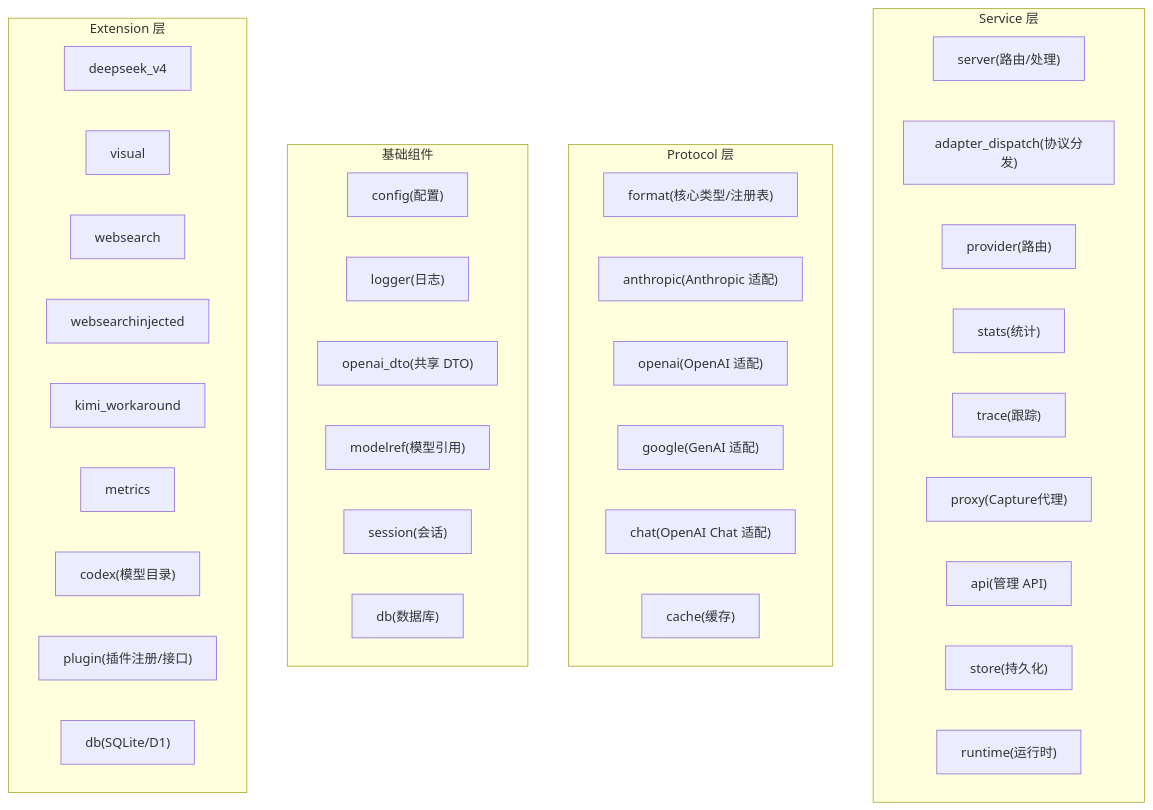
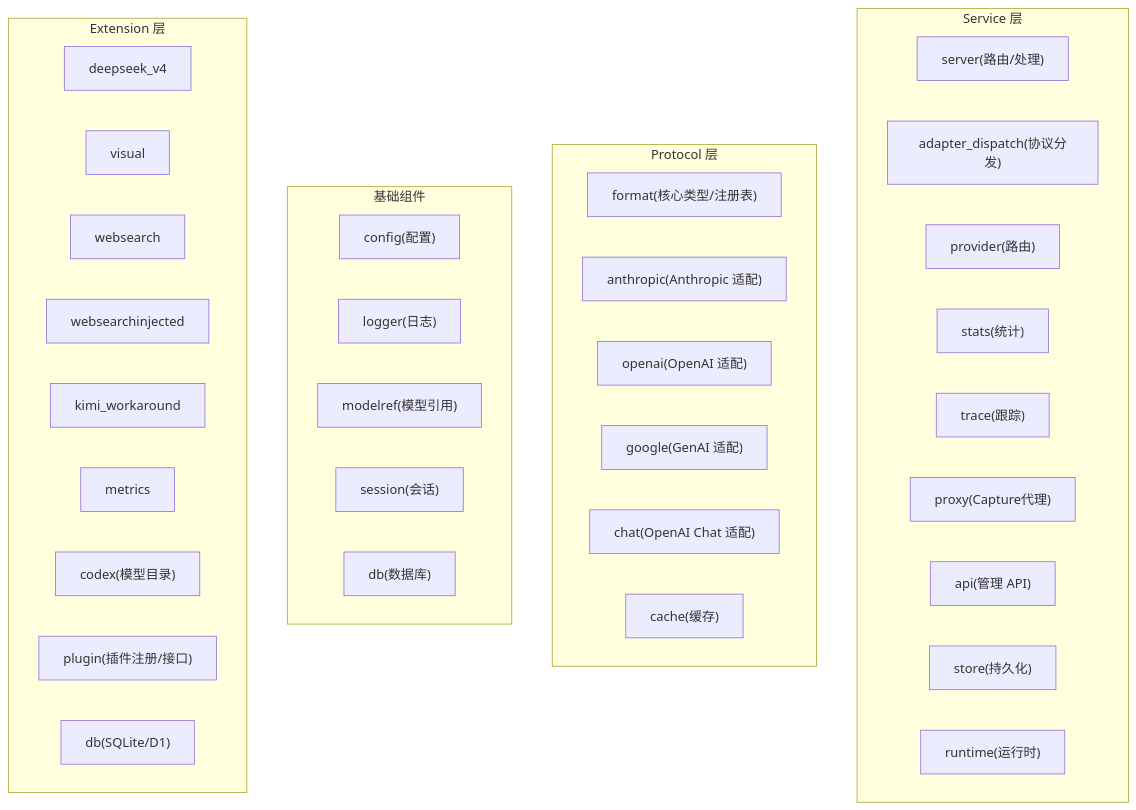
One commit to ZhiYi-R/moon-bridge changed the first of 2 diagrams in docs/architecture.md. Above: the diagram before and after it, drawn with Mermaid. The commit also changed other lines of this file and 8 other files, not shown here.

````diff
--- a/docs/architecture.md
+++ b/docs/architecture.md
@@ -11,41 +11,40 @@
 ```mermaid
 flowchart TB
   subgraph Service["Service 层"]
     s1["server(路由/处理)"]
     s2["adapter_dispatch(协议分发)"]
     s3["provider(路由)"]
     s4["stats(统计)"]
     s5["trace(跟踪)"]
     s6["proxy(Capture代理)"]
     s7["api(管理 API)"]
     s8["store(持久化)"]
     s9["runtime(运行时)"]
   end
   subgraph Protocol["Protocol 层"]
     p1["format(核心类型/注册表)"]
     p2["anthropic(Anthropic 适配)"]
     p3["openai(OpenAI 适配)"]
     p4["google(GenAI 适配)"]
     p5["chat(OpenAI Chat 适配)"]
     p6["cache(缓存)"]
   end
   subgraph Base["基础组件"]
     b1["config(配置)"]
     b2["logger(日志)"]
-    b3["openai_dto(共享 DTO)"]
-    b4["modelref(模型引用)"]
-    b5["session(会话)"]
-    b6["db(数据库)"]
+    b3["modelref(模型引用)"]
+    b4["session(会话)"]
+    b5["db(数据库)"]
   end
   subgraph Extension["Extension 层"]
     e1["deepseek_v4"]
     e2["visual"]
     e3["websearch"]
     e4["websearchinjected"]
     e5["kimi_workaround"]
     e6["metrics"]
     e7["codex(模型目录)"]
     e8["plugin(插件注册/接口)"]
     e9["db(SQLite/D1)"]
   end
 ```
````
